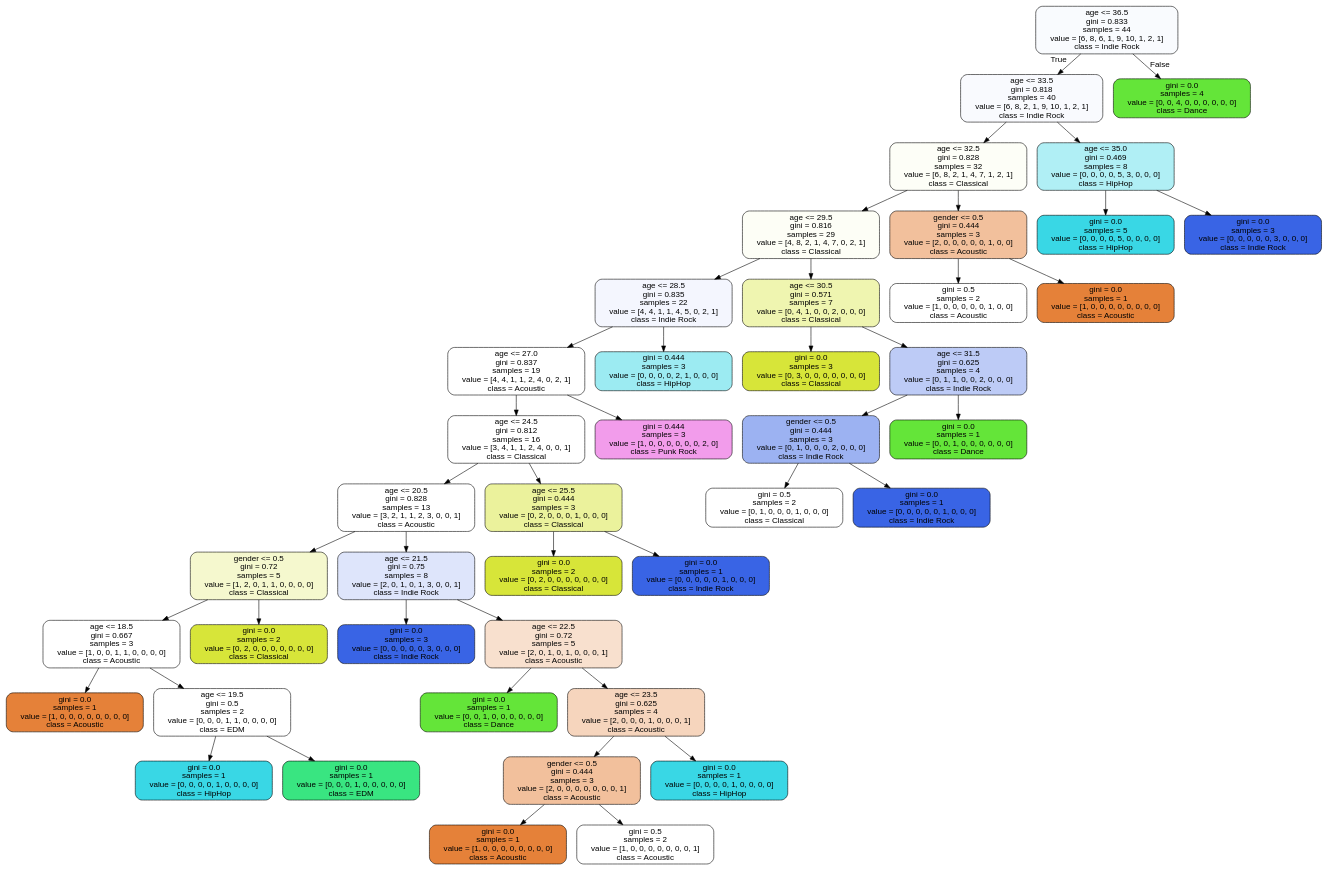
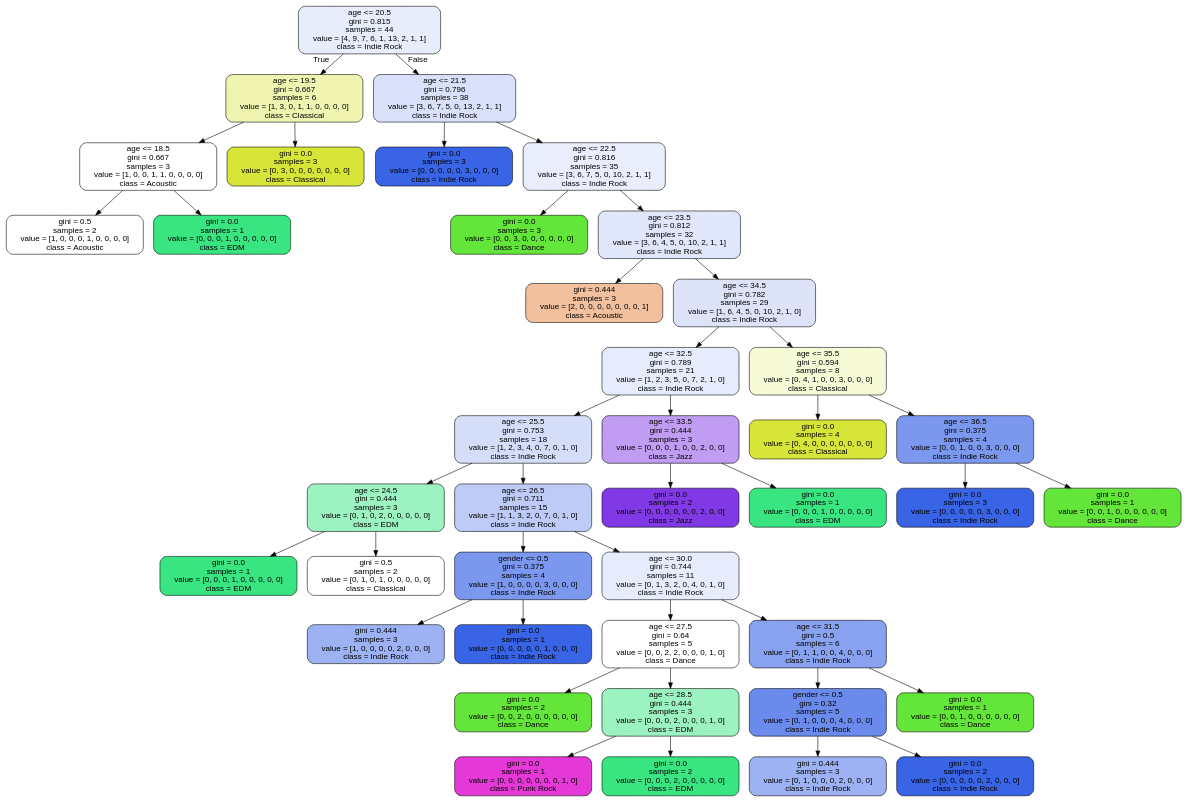
Before and after one commit to MrTuvoc/MLEARN: the diagram in music-predict.dot, drawn with Graphviz. The commit also changed 9 other files, not shown here.

```diff
--- a/music-predict.dot
+++ b/music-predict.dot
@@ -1,89 +1,85 @@
 digraph Tree {
 node [shape=box, style="filled, rounded", color="black", fontname="helvetica"] ;
 edge [fontname="helvetica"] ;
-0 [label="age <= 36.5\ngini = 0.833\nsamples = 44\nvalue = [6, 8, 6, 1, 9, 10, 1, 2, 1]\nclass = Indie Rock", fillcolor="#f9fbfe"] ;
-1 [label="age <= 33.5\ngini = 0.818\nsamples = 40\nvalue = [6, 8, 2, 1, 9, 10, 1, 2, 1]\nclass = Indie Rock", fillcolor="#f9fafe"] ;
+0 [label="age <= 20.5\ngini = 0.815\nsamples = 44\nvalue = [4, 9, 7, 6, 1, 13, 2, 1, 1]\nclass = Indie Rock", fillcolor="#e8edfc"] ;
+1 [label="age <= 19.5\ngini = 0.667\nsamples = 6\nvalue = [1, 3, 0, 1, 1, 0, 0, 0, 0]\nclass = Classical", fillcolor="#eff5b0"] ;
 0 -> 1 [labeldistance=2.5, labelangle=45, headlabel="True"] ;
-2 [label="age <= 32.5\ngini = 0.828\nsamples = 32\nvalue = [6, 8, 2, 1, 4, 7, 1, 2, 1]\nclass = Classical", fillcolor="#fdfef7"] ;
+2 [label="age <= 18.5\ngini = 0.667\nsamples = 3\nvalue = [1, 0, 0, 1, 1, 0, 0, 0, 0]\nclass = Acoustic", fillcolor="#ffffff"] ;
 1 -> 2 ;
-3 [label="age <= 29.5\ngini = 0.816\nsamples = 29\nvalue = [4, 8, 2, 1, 4, 7, 0, 2, 1]\nclass = Classical", fillcolor="#fdfef6"] ;
+3 [label="gini = 0.5\nsamples = 2\nvalue = [1, 0, 0, 0, 1, 0, 0, 0, 0]\nclass = Acoustic", fillcolor="#ffffff"] ;
 2 -> 3 ;
-4 [label="age <= 28.5\ngini = 0.835\nsamples = 22\nvalue = [4, 4, 1, 1, 4, 5, 0, 2, 1]\nclass = Indie Rock", fillcolor="#f4f6fe"] ;
-3 -> 4 ;
-5 [label="age <= 27.0\ngini = 0.837\nsamples = 19\nvalue = [4, 4, 1, 1, 2, 4, 0, 2, 1]\nclass = Acoustic", fillcolor="#ffffff"] ;
-4 -> 5 ;
-6 [label="age <= 24.5\ngini = 0.812\nsamples = 16\nvalue = [3, 4, 1, 1, 2, 4, 0, 0, 1]\nclass = Classical", fillcolor="#ffffff"] ;
-5 -> 6 ;
-7 [label="age <= 20.5\ngini = 0.828\nsamples = 13\nvalue = [3, 2, 1, 1, 2, 3, 0, 0, 1]\nclass = Acoustic", fillcolor="#ffffff"] ;
+4 [label="gini = 0.0\nsamples = 1\nvalue = [0, 0, 0, 1, 0, 0, 0, 0, 0]\nclass = EDM", fillcolor="#39e581"] ;
+2 -> 4 ;
+5 [label="gini = 0.0\nsamples = 3\nvalue = [0, 3, 0, 0, 0, 0, 0, 0, 0]\nclass = Classical", fillcolor="#d7e539"] ;
+1 -> 5 ;
+6 [label="age <= 21.5\ngini = 0.796\nsamples = 38\nvalue = [3, 6, 7, 5, 0, 13, 2, 1, 1]\nclass = Indie Rock", fillcolor="#d9e1fa"] ;
+0 -> 6 [labeldistance=2.5, labelangle=-45, headlabel="False"] ;
+7 [label="gini = 0.0\nsamples = 3\nvalue = [0, 0, 0, 0, 0, 3, 0, 0, 0]\nclass = Indie Rock", fillcolor="#3964e5"] ;
 6 -> 7 ;
-8 [label="gender <= 0.5\ngini = 0.72\nsamples = 5\nvalue = [1, 2, 0, 1, 1, 0, 0, 0, 0]\nclass = Classical", fillcolor="#f5f8ce"] ;
-7 -> 8 ;
-9 [label="age <= 18.5\ngini = 0.667\nsamples = 3\nvalue = [1, 0, 0, 1, 1, 0, 0, 0, 0]\nclass = Acoustic", fillcolor="#ffffff"] ;
+8 [label="age <= 22.5\ngini = 0.816\nsamples = 35\nvalue = [3, 6, 7, 5, 0, 10, 2, 1, 1]\nclass = Indie Rock", fillcolor="#eaeefc"] ;
+6 -> 8 ;
+9 [label="gini = 0.0\nsamples = 3\nvalue = [0, 0, 3, 0, 0, 0, 0, 0, 0]\nclass = Dance", fillcolor="#64e539"] ;
 8 -> 9 ;
-10 [label="gini = 0.0\nsamples = 1\nvalue = [1, 0, 0, 0, 0, 0, 0, 0, 0]\nclass = Acoustic", fillcolor="#e58139"] ;
-9 -> 10 ;
-11 [label="age <= 19.5\ngini = 0.5\nsamples = 2\nvalue = [0, 0, 0, 1, 1, 0, 0, 0, 0]\nclass = EDM", fillcolor="#ffffff"] ;
-9 -> 11 ;
-12 [label="gini = 0.0\nsamples = 1\nvalue = [0, 0, 0, 0, 1, 0, 0, 0, 0]\nclass = HipHop", fillcolor="#39d7e5"] ;
-11 -> 12 ;
-13 [label="gini = 0.0\nsamples = 1\nvalue = [0, 0, 0, 1, 0, 0, 0, 0, 0]\nclass = EDM", fillcolor="#39e581"] ;
-11 -> 13 ;
-14 [label="gini = 0.0\nsamples = 2\nvalue = [0, 2, 0, 0, 0, 0, 0, 0, 0]\nclass = Classical", fillcolor="#d7e539"] ;
-8 -> 14 ;
-15 [label="age <= 21.5\ngini = 0.75\nsamples = 8\nvalue = [2, 0, 1, 0, 1, 3, 0, 0, 1]\nclass = Indie Rock", fillcolor="#dee5fb"] ;
-7 -> 15 ;
-16 [label="gini = 0.0\nsamples = 3\nvalue = [0, 0, 0, 0, 0, 3, 0, 0, 0]\nclass = Indie Rock", fillcolor="#3964e5"] ;
+10 [label="age <= 23.5\ngini = 0.812\nsamples = 32\nvalue = [3, 6, 4, 5, 0, 10, 2, 1, 1]\nclass = Indie Rock", fillcolor="#e1e7fb"] ;
+8 -> 10 ;
+11 [label="gini = 0.444\nsamples = 3\nvalue = [2, 0, 0, 0, 0, 0, 0, 0, 1]\nclass = Acoustic", fillcolor="#f2c09c"] ;
+10 -> 11 ;
+12 [label="age <= 34.5\ngini = 0.782\nsamples = 29\nvalue = [1, 6, 4, 5, 0, 10, 2, 1, 0]\nclass = Indie Rock", fillcolor="#dde4fa"] ;
+10 -> 12 ;
+13 [label="age <= 32.5\ngini = 0.789\nsamples = 21\nvalue = [1, 2, 3, 5, 0, 7, 2, 1, 0]\nclass = Indie Rock", fillcolor="#e6ecfc"] ;
+12 -> 13 ;
+14 [label="age <= 25.5\ngini = 0.753\nsamples = 18\nvalue = [1, 2, 3, 4, 0, 7, 0, 1, 0]\nclass = Indie Rock", fillcolor="#d5def9"] ;
+13 -> 14 ;
+15 [label="age <= 24.5\ngini = 0.444\nsamples = 3\nvalue = [0, 1, 0, 2, 0, 0, 0, 0, 0]\nclass = EDM", fillcolor="#9cf2c0"] ;
+14 -> 15 ;
+16 [label="gini = 0.0\nsamples = 1\nvalue = [0, 0, 0, 1, 0, 0, 0, 0, 0]\nclass = EDM", fillcolor="#39e581"] ;
 15 -> 16 ;
-17 [label="age <= 22.5\ngini = 0.72\nsamples = 5\nvalue = [2, 0, 1, 0, 1, 0, 0, 0, 1]\nclass = Acoustic", fillcolor="#f8e0ce"] ;
+17 [label="gini = 0.5\nsamples = 2\nvalue = [0, 1, 0, 1, 0, 0, 0, 0, 0]\nclass = Classical", fillcolor="#ffffff"] ;
 15 -> 17 ;
-18 [label="gini = 0.0\nsamples = 1\nvalue = [0, 0, 1, 0, 0, 0, 0, 0, 0]\nclass = Dance", fillcolor="#64e539"] ;
-17 -> 18 ;
-19 [label="age <= 23.5\ngini = 0.625\nsamples = 4\nvalue = [2, 0, 0, 0, 1, 0, 0, 0, 1]\nclass = Acoustic", fillcolor="#f6d5bd"] ;
-17 -> 19 ;
-20 [label="gender <= 0.5\ngini = 0.444\nsamples = 3\nvalue = [2, 0, 0, 0, 0, 0, 0, 0, 1]\nclass = Acoustic", fillcolor="#f2c09c"] ;
+18 [label="age <= 26.5\ngini = 0.711\nsamples = 15\nvalue = [1, 1, 3, 2, 0, 7, 0, 1, 0]\nclass = Indie Rock", fillcolor="#bdcbf6"] ;
+14 -> 18 ;
+19 [label="gender <= 0.5\ngini = 0.375\nsamples = 4\nvalue = [1, 0, 0, 0, 0, 3, 0, 0, 0]\nclass = Indie Rock", fillcolor="#7b98ee"] ;
+18 -> 19 ;
+20 [label="gini = 0.444\nsamples = 3\nvalue = [1, 0, 0, 0, 0, 2, 0, 0, 0]\nclass = Indie Rock", fillcolor="#9cb2f2"] ;
 19 -> 20 ;
-21 [label="gini = 0.0\nsamples = 1\nvalue = [1, 0, 0, 0, 0, 0, 0, 0, 0]\nclass = Acoustic", fillcolor="#e58139"] ;
-20 -> 21 ;
-22 [label="gini = 0.5\nsamples = 2\nvalue = [1, 0, 0, 0, 0, 0, 0, 0, 1]\nclass = Acoustic", fillcolor="#ffffff"] ;
-20 -> 22 ;
-23 [label="gini = 0.0\nsamples = 1\nvalue = [0, 0, 0, 0, 1, 0, 0, 0, 0]\nclass = HipHop", fillcolor="#39d7e5"] ;
-19 -> 23 ;
-24 [label="age <= 25.5\ngini = 0.444\nsamples = 3\nvalue = [0, 2, 0, 0, 0, 1, 0, 0, 0]\nclass = Classical", fillcolor="#ebf29c"] ;
-6 -> 24 ;
-25 [label="gini = 0.0\nsamples = 2\nvalue = [0, 2, 0, 0, 0, 0, 0, 0, 0]\nclass = Classical", fillcolor="#d7e539"] ;
-24 -> 25 ;
-26 [label="gini = 0.0\nsamples = 1\nvalue = [0, 0, 0, 0, 0, 1, 0, 0, 0]\nclass = Indie Rock", fillcolor="#3964e5"] ;
-24 -> 26 ;
-27 [label="gini = 0.444\nsamples = 3\nvalue = [1, 0, 0, 0, 0, 0, 0, 2, 0]\nclass = Punk Rock", fillcolor="#f29ceb"] ;
-5 -> 27 ;
-28 [label="gini = 0.444\nsamples = 3\nvalue = [0, 0, 0, 0, 2, 1, 0, 0, 0]\nclass = HipHop", fillcolor="#9cebf2"] ;
-4 -> 28 ;
-29 [label="age <= 30.5\ngini = 0.571\nsamples = 7\nvalue = [0, 4, 1, 0, 0, 2, 0, 0, 0]\nclass = Classical", fillcolor="#eff5b0"] ;
-3 -> 29 ;
-30 [label="gini = 0.0\nsamples = 3\nvalue = [0, 3, 0, 0, 0, 0, 0, 0, 0]\nclass = Classical", fillcolor="#d7e539"] ;
+21 [label="gini = 0.0\nsamples = 1\nvalue = [0, 0, 0, 0, 0, 1, 0, 0, 0]\nclass = Indie Rock", fillcolor="#3964e5"] ;
+19 -> 21 ;
+22 [label="age <= 30.0\ngini = 0.744\nsamples = 11\nvalue = [0, 1, 3, 2, 0, 4, 0, 1, 0]\nclass = Indie Rock", fillcolor="#e6ecfc"] ;
+18 -> 22 ;
+23 [label="age <= 27.5\ngini = 0.64\nsamples = 5\nvalue = [0, 0, 2, 2, 0, 0, 0, 1, 0]\nclass = Dance", fillcolor="#ffffff"] ;
+22 -> 23 ;
+24 [label="gini = 0.0\nsamples = 2\nvalue = [0, 0, 2, 0, 0, 0, 0, 0, 0]\nclass = Dance", fillcolor="#64e539"] ;
+23 -> 24 ;
+25 [label="age <= 28.5\ngini = 0.444\nsamples = 3\nvalue = [0, 0, 0, 2, 0, 0, 0, 1, 0]\nclass = EDM", fillcolor="#9cf2c0"] ;
+23 -> 25 ;
+26 [label="gini = 0.0\nsamples = 1\nvalue = [0, 0, 0, 0, 0, 0, 0, 1, 0]\nclass = Punk Rock", fillcolor="#e539d7"] ;
+25 -> 26 ;
+27 [label="gini = 0.0\nsamples = 2\nvalue = [0, 0, 0, 2, 0, 0, 0, 0, 0]\nclass = EDM", fillcolor="#39e581"] ;
+25 -> 27 ;
+28 [label="age <= 31.5\ngini = 0.5\nsamples = 6\nvalue = [0, 1, 1, 0, 0, 4, 0, 0, 0]\nclass = Indie Rock", fillcolor="#88a2ef"] ;
+22 -> 28 ;
+29 [label="gender <= 0.5\ngini = 0.32\nsamples = 5\nvalue = [0, 1, 0, 0, 0, 4, 0, 0, 0]\nclass = Indie Rock", fillcolor="#6a8bec"] ;
+28 -> 29 ;
+30 [label="gini = 0.444\nsamples = 3\nvalue = [0, 1, 0, 0, 0, 2, 0, 0, 0]\nclass = Indie Rock", fillcolor="#9cb2f2"] ;
 29 -> 30 ;
-31 [label="age <= 31.5\ngini = 0.625\nsamples = 4\nvalue = [0, 1, 1, 0, 0, 2, 0, 0, 0]\nclass = Indie Rock", fillcolor="#bdcbf6"] ;
+31 [label="gini = 0.0\nsamples = 2\nvalue = [0, 0, 0, 0, 0, 2, 0, 0, 0]\nclass = Indie Rock", fillcolor="#3964e5"] ;
 29 -> 31 ;
-32 [label="gender <= 0.5\ngini = 0.444\nsamples = 3\nvalue = [0, 1, 0, 0, 0, 2, 0, 0, 0]\nclass = Indie Rock", fillcolor="#9cb2f2"] ;
-31 -> 32 ;
-33 [label="gini = 0.5\nsamples = 2\nvalue = [0, 1, 0, 0, 0, 1, 0, 0, 0]\nclass = Classical", fillcolor="#ffffff"] ;
-32 -> 33 ;
-34 [label="gini = 0.0\nsamples = 1\nvalue = [0, 0, 0, 0, 0, 1, 0, 0, 0]\nclass = Indie Rock", fillcolor="#3964e5"] ;
-32 -> 34 ;
-35 [label="gini = 0.0\nsamples = 1\nvalue = [0, 0, 1, 0, 0, 0, 0, 0, 0]\nclass = Dance", fillcolor="#64e539"] ;
-31 -> 35 ;
-36 [label="gender <= 0.5\ngini = 0.444\nsamples = 3\nvalue = [2, 0, 0, 0, 0, 0, 1, 0, 0]\nclass = Acoustic", fillcolor="#f2c09c"] ;
-2 -> 36 ;
-37 [label="gini = 0.5\nsamples = 2\nvalue = [1, 0, 0, 0, 0, 0, 1, 0, 0]\nclass = Acoustic", fillcolor="#ffffff"] ;
+32 [label="gini = 0.0\nsamples = 1\nvalue = [0, 0, 1, 0, 0, 0, 0, 0, 0]\nclass = Dance", fillcolor="#64e539"] ;
+28 -> 32 ;
+33 [label="age <= 33.5\ngini = 0.444\nsamples = 3\nvalue = [0, 0, 0, 1, 0, 0, 2, 0, 0]\nclass = Jazz", fillcolor="#c09cf2"] ;
+13 -> 33 ;
+34 [label="gini = 0.0\nsamples = 2\nvalue = [0, 0, 0, 0, 0, 0, 2, 0, 0]\nclass = Jazz", fillcolor="#8139e5"] ;
+33 -> 34 ;
+35 [label="gini = 0.0\nsamples = 1\nvalue = [0, 0, 0, 1, 0, 0, 0, 0, 0]\nclass = EDM", fillcolor="#39e581"] ;
+33 -> 35 ;
+36 [label="age <= 35.5\ngini = 0.594\nsamples = 8\nvalue = [0, 4, 1, 0, 0, 3, 0, 0, 0]\nclass = Classical", fillcolor="#f7fad7"] ;
+12 -> 36 ;
+37 [label="gini = 0.0\nsamples = 4\nvalue = [0, 4, 0, 0, 0, 0, 0, 0, 0]\nclass = Classical", fillcolor="#d7e539"] ;
 36 -> 37 ;
-38 [label="gini = 0.0\nsamples = 1\nvalue = [1, 0, 0, 0, 0, 0, 0, 0, 0]\nclass = Acoustic", fillcolor="#e58139"] ;
+38 [label="age <= 36.5\ngini = 0.375\nsamples = 4\nvalue = [0, 0, 1, 0, 0, 3, 0, 0, 0]\nclass = Indie Rock", fillcolor="#7b98ee"] ;
 36 -> 38 ;
-39 [label="age <= 35.0\ngini = 0.469\nsamples = 8\nvalue = [0, 0, 0, 0, 5, 3, 0, 0, 0]\nclass = HipHop", fillcolor="#b0eff5"] ;
-1 -> 39 ;
-40 [label="gini = 0.0\nsamples = 5\nvalue = [0, 0, 0, 0, 5, 0, 0, 0, 0]\nclass = HipHop", fillcolor="#39d7e5"] ;
-39 -> 40 ;
-41 [label="gini = 0.0\nsamples = 3\nvalue = [0, 0, 0, 0, 0, 3, 0, 0, 0]\nclass = Indie Rock", fillcolor="#3964e5"] ;
-39 -> 41 ;
-42 [label="gini = 0.0\nsamples = 4\nvalue = [0, 0, 4, 0, 0, 0, 0, 0, 0]\nclass = Dance", fillcolor="#64e539"] ;
-0 -> 42 [labeldistance=2.5, labelangle=-45, headlabel="False"] ;
+39 [label="gini = 0.0\nsamples = 3\nvalue = [0, 0, 0, 0, 0, 3, 0, 0, 0]\nclass = Indie Rock", fillcolor="#3964e5"] ;
+38 -> 39 ;
+40 [label="gini = 0.0\nsamples = 1\nvalue = [0, 0, 1, 0, 0, 0, 0, 0, 0]\nclass = Dance", fillcolor="#64e539"] ;
+38 -> 40 ;
 }
```
